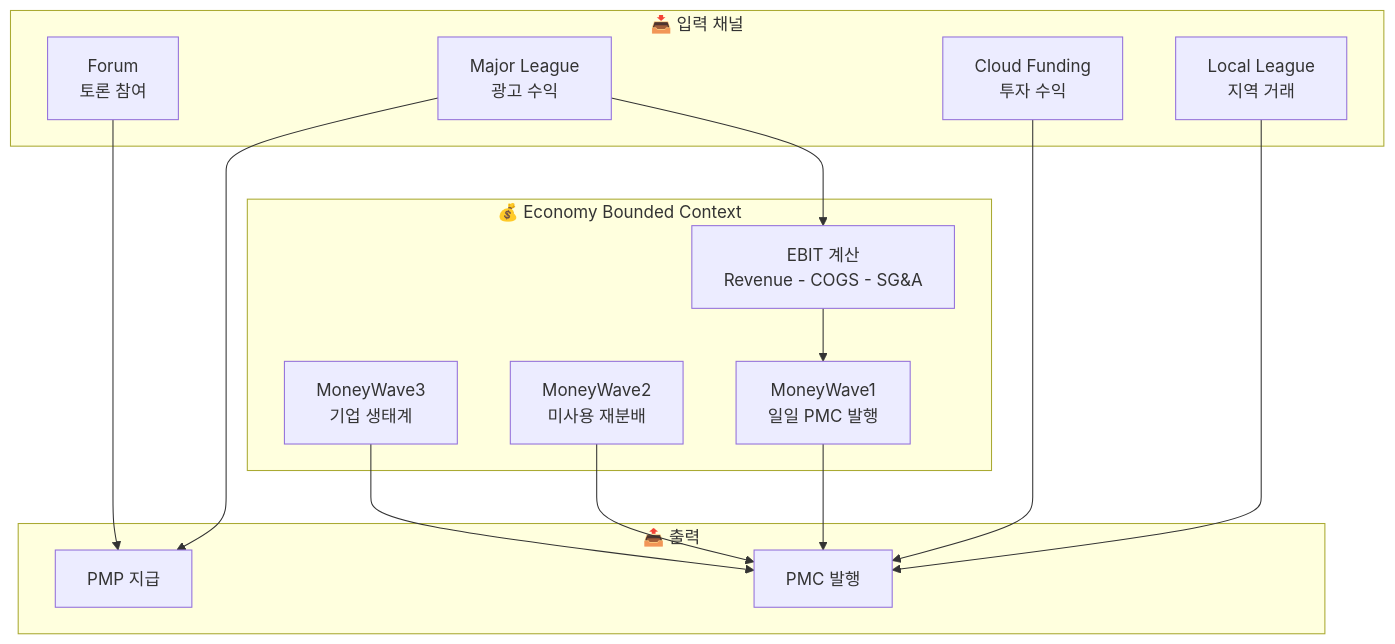
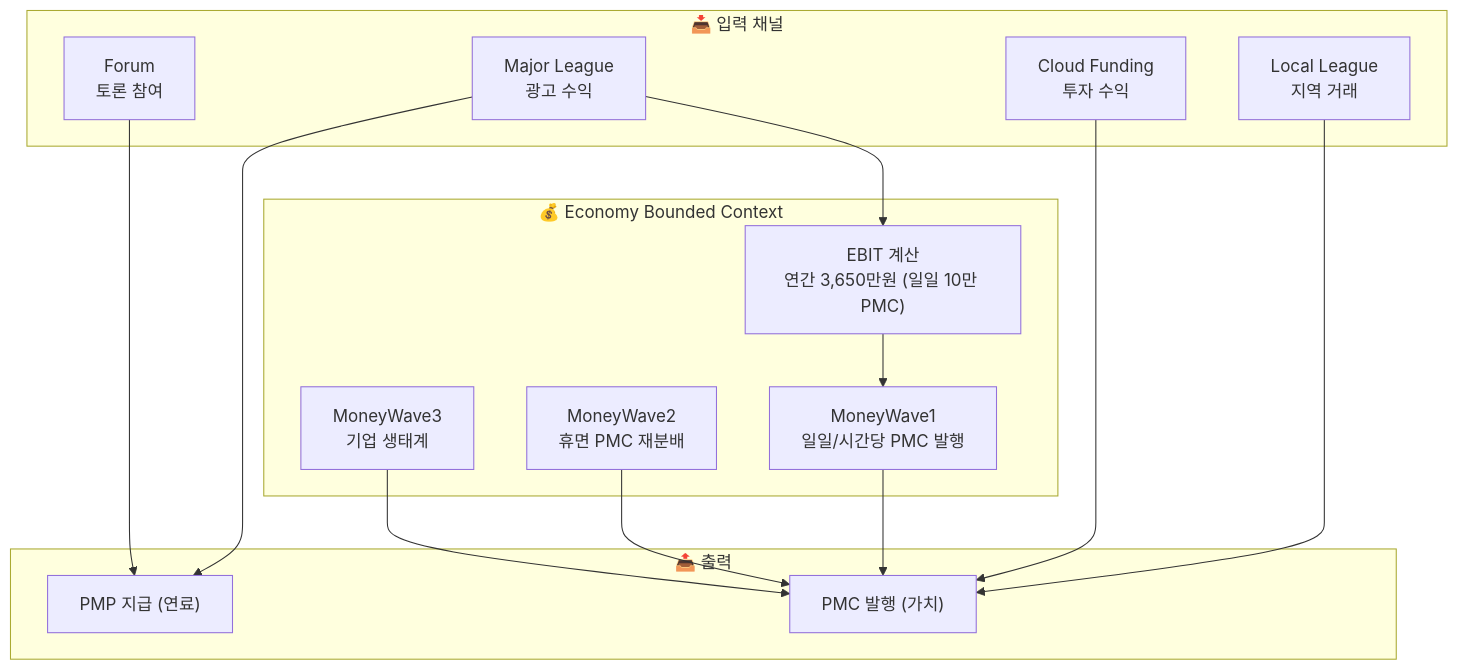
The first of 3 diagrams in docs/business/ECONOMY_SYSTEM_DETAIL.md (positivemultiplier/posmul), drawn with Mermaid before and after one commit. The commit also changed other lines of this file and 3 other files, not shown here.

Commit message:
docs(economy): document MoneyWave v3 specification and updated economy system detail

````diff
--- a/docs/business/ECONOMY_SYSTEM_DETAIL.md
+++ b/docs/business/ECONOMY_SYSTEM_DETAIL.md
@@ -23,31 +23,31 @@
 ```mermaid
 graph TD
     subgraph Input["📥 입력 채널"]
         ML["Major League<br/>광고 수익"]
         FORUM["Forum<br/>토론 참여"]
         LL["Local League<br/>지역 거래"]
         CF["Cloud Funding<br/>투자 수익"]
     end
     
     subgraph Economy["💰 Economy Bounded Context"]
-        EBIT["EBIT 계산<br/>Revenue - COGS - SG&A"]
-        MW1["MoneyWave1<br/>일일 PMC 발행"]
-        MW2["MoneyWave2<br/>미사용 재분배"]
+        EBIT["EBIT 계산<br/>연간 3,650만원 (일일 10만 PMC)"]
+        MW1["MoneyWave1<br/>일일/시간당 PMC 발행"]
+        MW2["MoneyWave2<br/>휴면 PMC 재분배"]
         MW3["MoneyWave3<br/>기업 생태계"]
     end
     
     subgraph Output["📤 출력"]
-        PMP["PMP 지급"]
-        PMC["PMC 발행"]
+        PMP["PMP 지급 (연료)"]
+        PMC["PMC 발행 (가치)"]
     end
     
     ML --> EBIT
     ML --> PMP
     FORUM --> PMP
     LL --> PMC
     CF --> PMC
     EBIT --> MW1
     MW1 --> PMC
     MW2 --> PMC
     MW3 --> PMC
 ```
````
